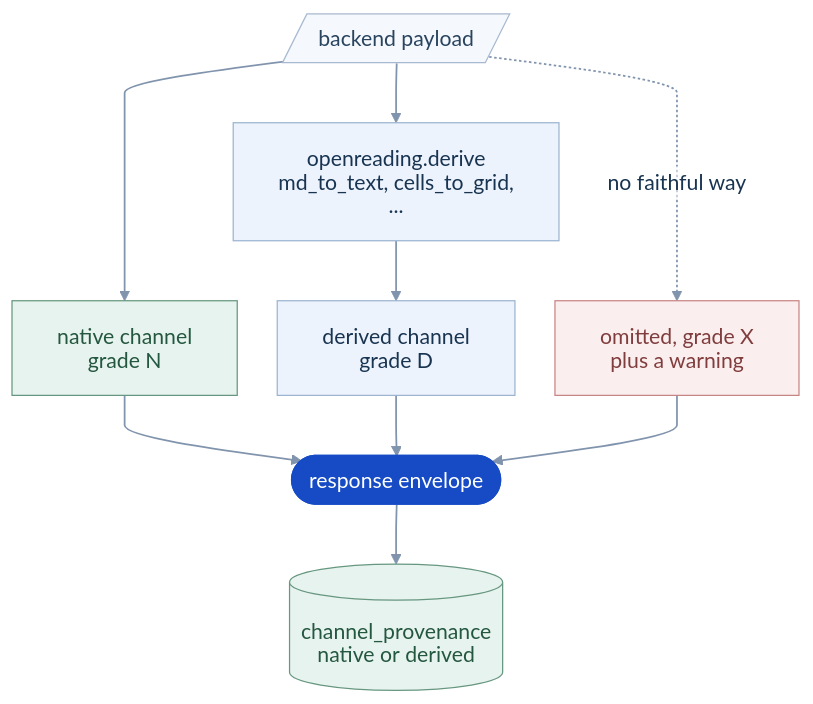
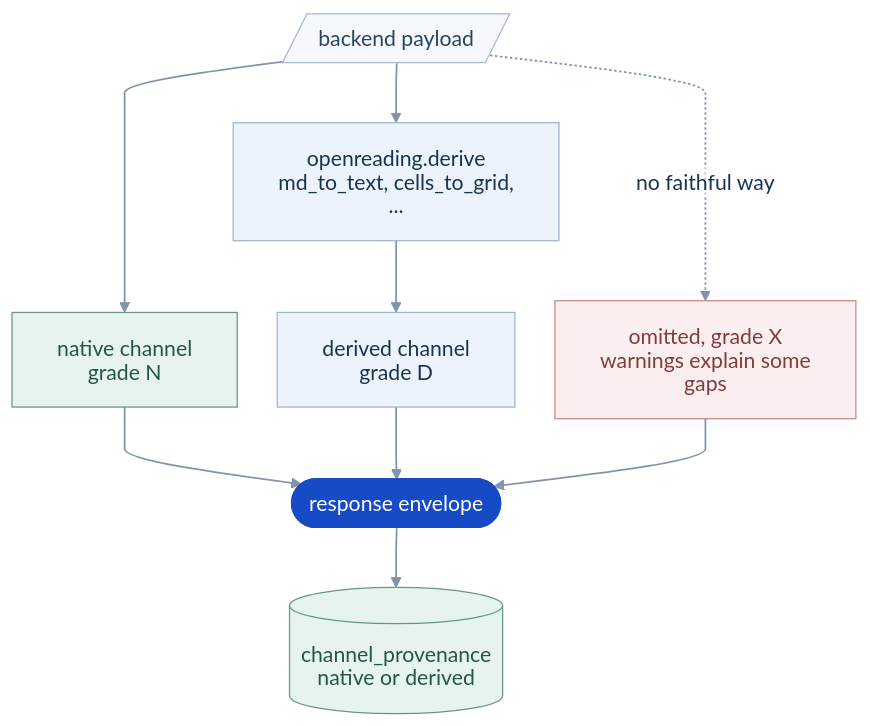
The diagram in src/openreading/derive/README.md (openreading-ai/openreading-core), drawn with Mermaid before and after one commit. The commit also changed other lines of this file and 15 other files, not shown here.

First line of the commit message:
docs: unify core diagrams with polished vector artwork

````diff
--- a/src/openreading/derive/README.md
+++ b/src/openreading/derive/README.md
@@ -40,21 +40,21 @@
 ```mermaid
 %%{init: {"theme":"base","fontFamily":"Arial","deterministicIds":true,"deterministicIDSeed":"openreading","htmlLabels":false,"themeVariables":{"fontFamily":"Arial","fontSize":"17px","lineColor":"#8194ad","textColor":"#183451","primaryTextColor":"#183451","primaryColor":"#edf3fc","primaryBorderColor":"#9db4d0","edgeLabelBackground":"#ffffff","clusterBkg":"#f5f8fc","clusterBorder":"#d7e1ee","titleColor":"#183451","actorBkg":"#edf3fc","actorBorder":"#9db4d0","actorTextColor":"#183451","actorLineColor":"#9db4d0","signalColor":"#527095","signalTextColor":"#183451","labelBoxBkgColor":"#fff4de","labelBoxBorderColor":"#c6953a","labelTextColor":"#70501b","loopTextColor":"#527095","noteBkgColor":"#edf3fc","noteBorderColor":"#9db4d0","noteTextColor":"#183451","sequenceNumberColor":"#ffffff","activationBkgColor":"#e7f3ee","activationBorderColor":"#679780"},"flowchart":{"curve":"monotoneY","nodeSpacing":32,"rankSpacing":48,"padding":18,"useMaxWidth":true},"sequence":{"useMaxWidth":true,"actorMargin":65,"messageMargin":38,"mirrorActors":false}}}%%
 flowchart TD
   P[/"backend payload"/]:::src --> N["native channel<br>grade N"]:::good
   P --> D["openreading.derive<br>md_to_text, cells_to_grid, ..."]:::work
   D --> DC["derived channel<br>grade D"]:::out
-  P -. "no faithful way" .-> X["omitted, grade X<br>plus a warning"]:::bad
+  P -. "no faithful way" .-> X["omitted, grade X<br>warnings explain some gaps"]:::bad
   N --> E(["response envelope"]):::hero
   DC --> E
   X --> E
   E --> CP[("channel_provenance<br>native or derived")]:::store
   classDef src fill:#f5f8fc,stroke:#a7b9d0,stroke-width:1px,color:#29445f;
   classDef work fill:#edf3fc,stroke:#9db4d0,stroke-width:1px,color:#183451;
   classDef gate fill:#fff4de,stroke:#c6953a,stroke-width:1px,color:#70501b;
   classDef good fill:#e7f3ee,stroke:#679780,stroke-width:1px,color:#245740;
   classDef bad fill:#fbeeee,stroke:#c78686,stroke-width:1px,color:#803d3d;
   classDef store fill:#e7f3ee,stroke:#679780,stroke-width:1px,color:#245740;
   classDef out fill:#edf3fc,stroke:#9db4d0,stroke-width:1px,color:#183451;
   classDef hero fill:#164bc5,stroke:#164bc5,stroke-width:1px,color:#ffffff;
   linkStyle default stroke-width:1.4px;
 ```
````
